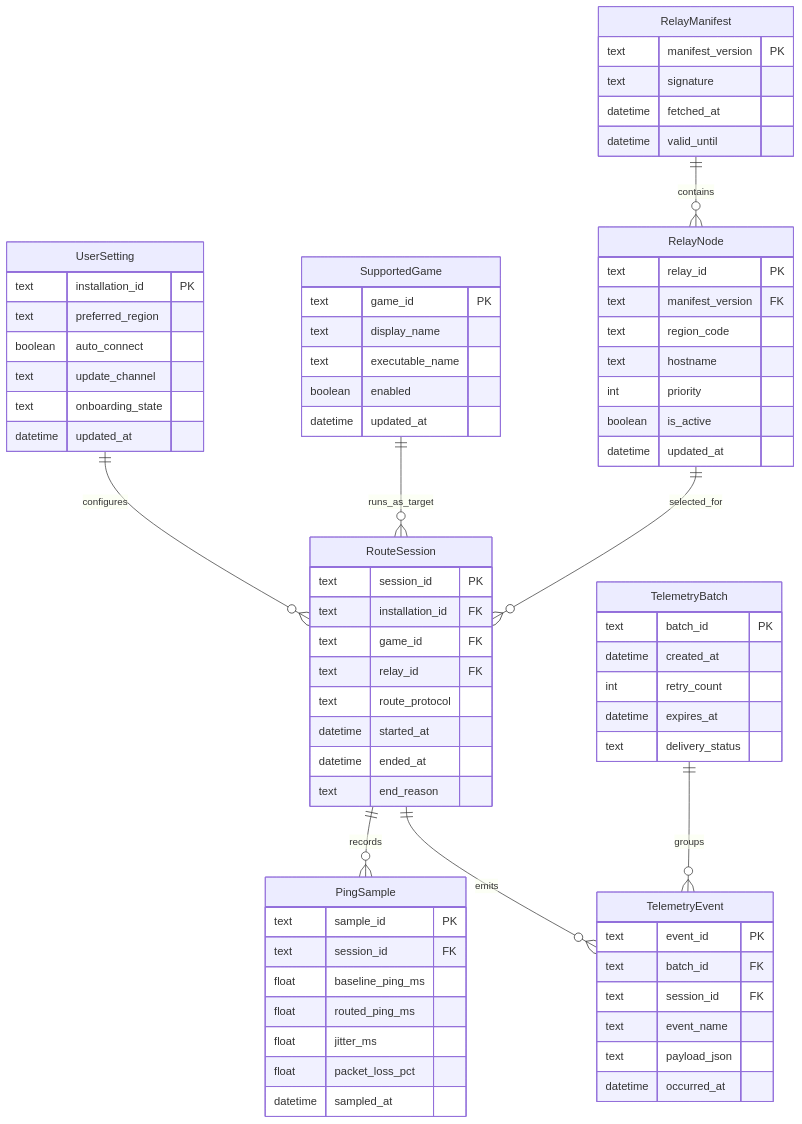
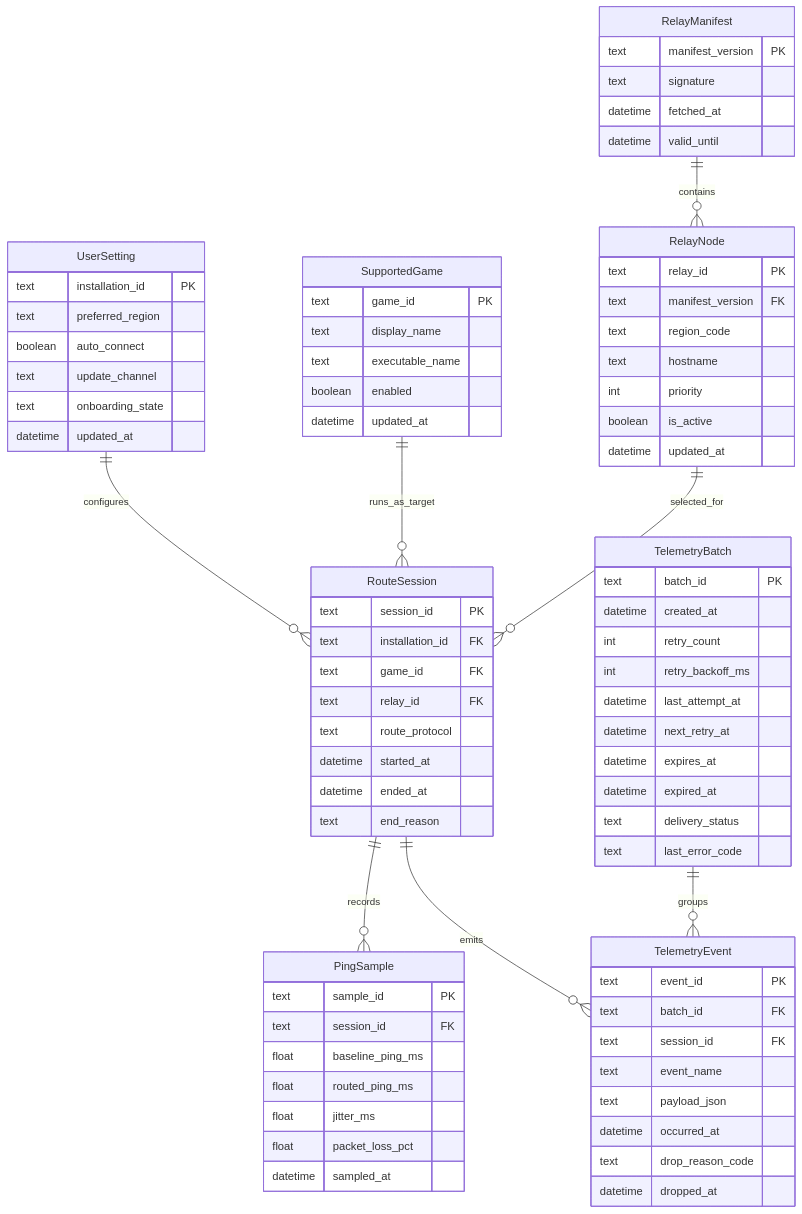
One commit to Lutvuk/kurangi-ping changed the diagram in docs/erd/core-erd.md. Above: the diagram before and after it, drawn with Mermaid. The commit also changed other lines of this file and 4 other files, not shown here.

````diff
--- a/docs/erd/core-erd.md
+++ b/docs/erd/core-erd.md
@@ -245,8 +252,13 @@
         text batch_id PK
         datetime created_at
         int retry_count
+        int retry_backoff_ms
+        datetime last_attempt_at
+        datetime next_retry_at
         datetime expires_at
+        datetime expired_at
         text delivery_status
+        text last_error_code
     }
 
     TelemetryEvent {
@@ -256,5 +268,7 @@
         text event_name
         text payload_json
         datetime occurred_at
+        text drop_reason_code
+        datetime dropped_at
     }
 ```
````
